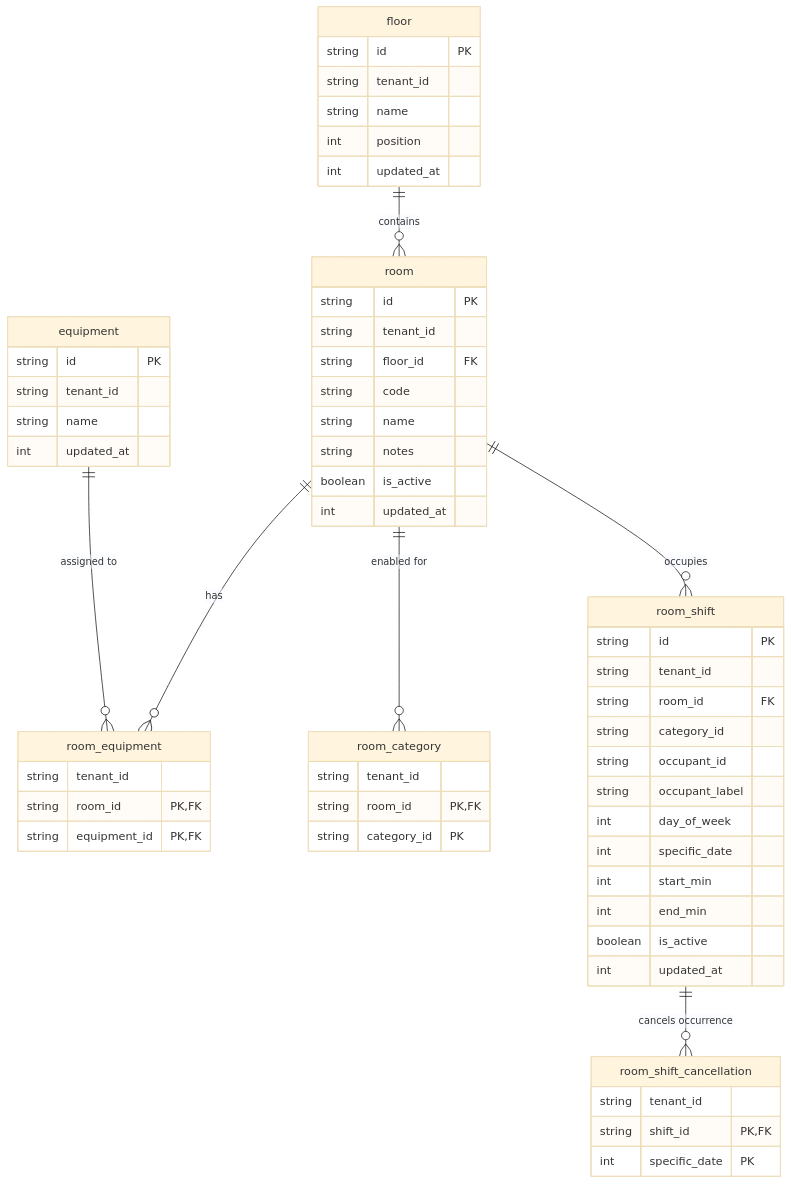
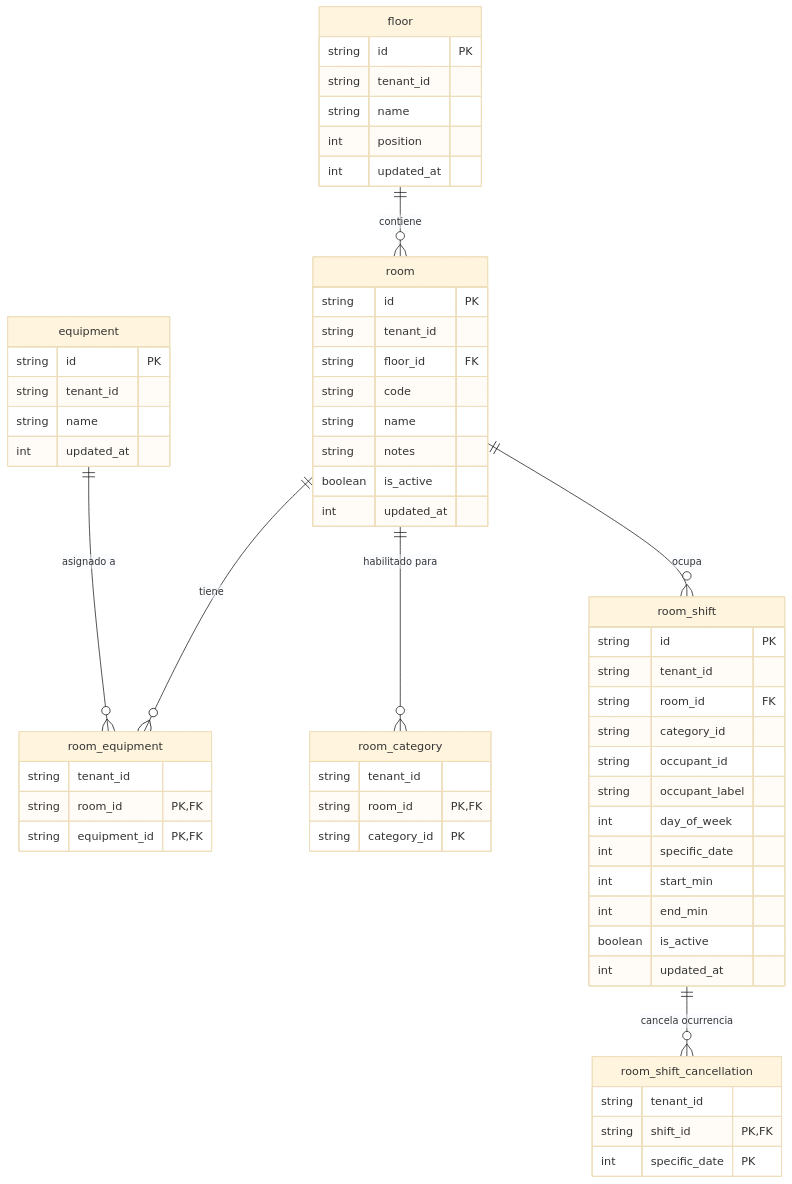
The diagram in docs/diagrams/database.md (veltylabs/room_layout), drawn with Mermaid (base theme) before and after one commit. The commit also changed 11 other files, not shown here.

````diff
--- a/docs/diagrams/database.md
+++ b/docs/diagrams/database.md
@@ -3,68 +3,68 @@
 ```mermaid
 erDiagram
     floor {
         string id PK
         string tenant_id
         string name
         int position
         int updated_at
     }
 
     room {
         string id PK
         string tenant_id
         string floor_id FK
         string code
         string name
         string notes
         boolean is_active
         int updated_at
     }
 
     equipment {
         string id PK
         string tenant_id
         string name
         int updated_at
     }
 
     room_equipment {
         string tenant_id
         string room_id PK, FK
         string equipment_id PK, FK
     }
 
     room_category {
         string tenant_id
         string room_id PK, FK
         string category_id PK
     }
 
     room_shift {
         string id PK
         string tenant_id
         string room_id FK
         string category_id
         string occupant_id
         string occupant_label
         int day_of_week
         int specific_date
         int start_min
         int end_min
         boolean is_active
         int updated_at
     }
 
     room_shift_cancellation {
         string tenant_id
         string shift_id PK, FK
         int specific_date PK
     }
 
-    floor ||--o{ room : "contains"
-    room ||--o{ room_equipment : "has"
-    equipment ||--o{ room_equipment : "assigned to"
-    room ||--o{ room_category : "enabled for"
-    room ||--o{ room_shift : "occupies"
-    room_shift ||--o{ room_shift_cancellation : "cancels occurrence"
+    floor ||--o{ room : "contiene"
+    room ||--o{ room_equipment : "tiene"
+    equipment ||--o{ room_equipment : "asignado a"
+    room ||--o{ room_category : "habilitado para"
+    room ||--o{ room_shift : "ocupa"
+    room_shift ||--o{ room_shift_cancellation : "cancela ocurrencia"
 ```
````
